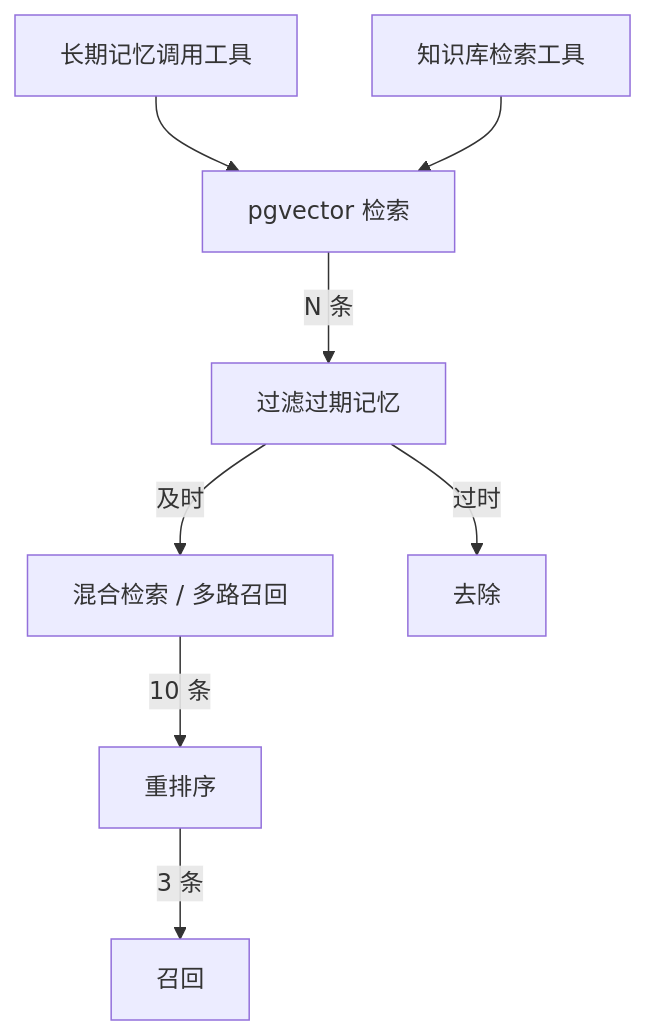
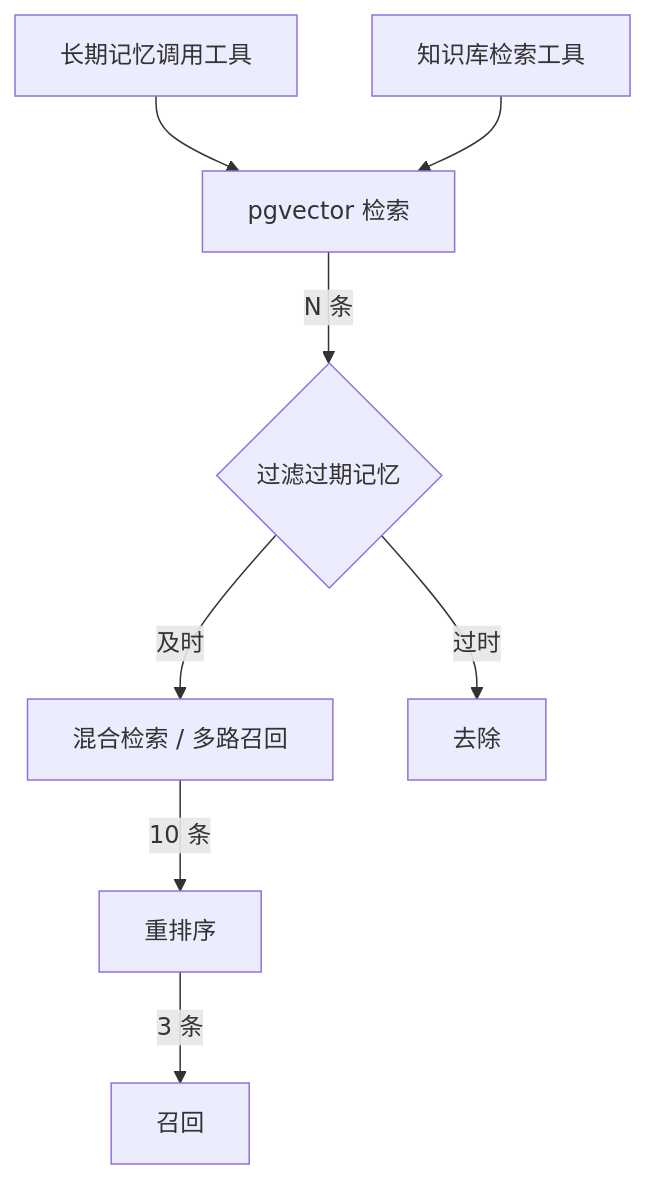
The second of 3 diagrams in README.md (xiao-Huahuo/Agent-Core-Service), drawn with Mermaid before and after one commit. The commit also changed other lines of this file and 1 other file, not shown here.

````diff
--- a/README.md
+++ b/README.md
@@ -80,10 +78,10 @@
 ```mermaid
 flowchart TD
     A[长期记忆调用工具] --> B[pgvector 检索]
     C[知识库检索工具] --> B
-    B -->|N 条| H[过滤过期记忆]
+    B -->|N 条| H{过滤过期记忆}
     H -->|及时| D[混合检索 / 多路召回]
     D -->|10 条| E[重排序]
     E -->|3 条| F[召回]
     H -->|过时| G[去除]
 ```
````
